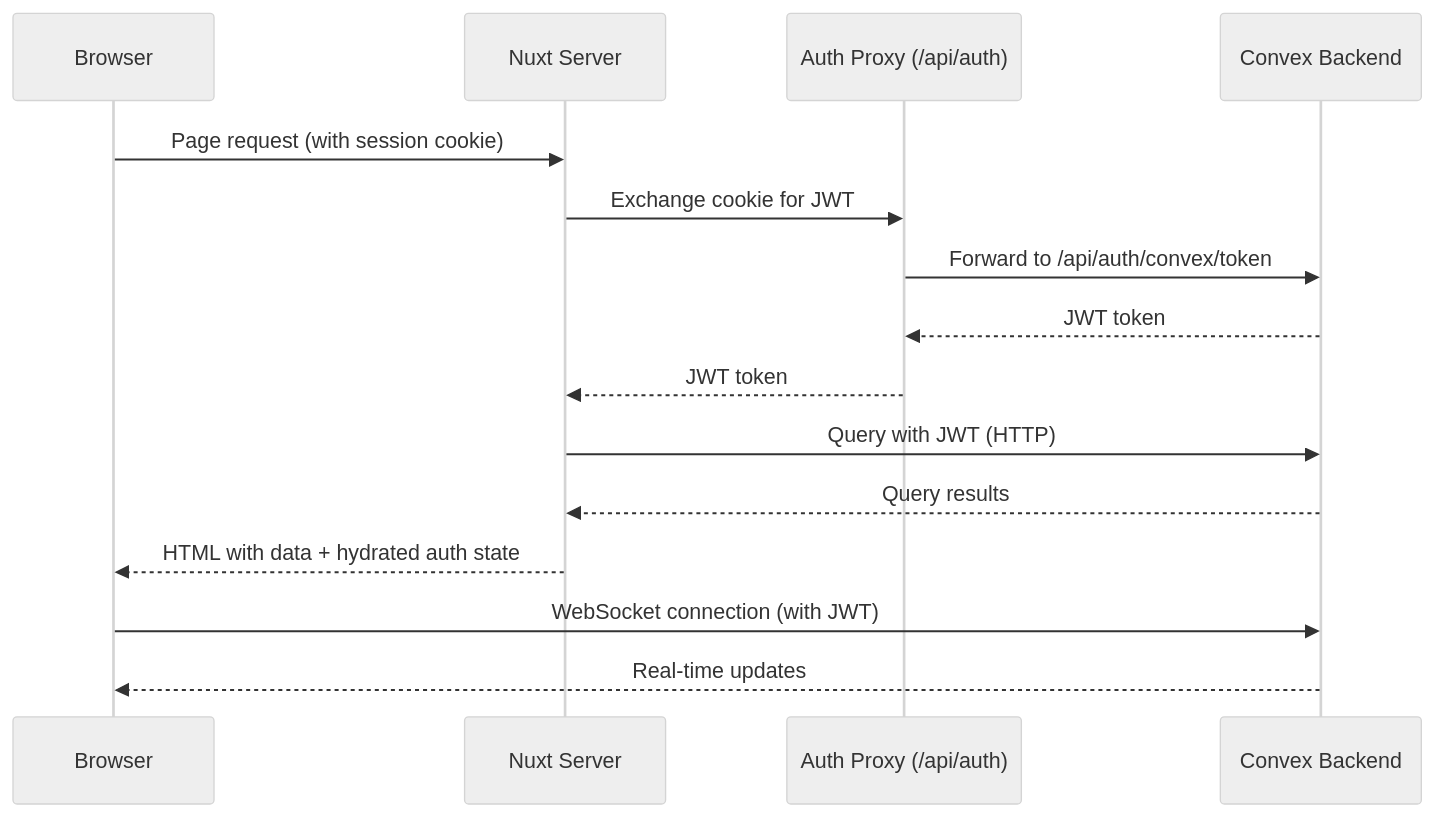
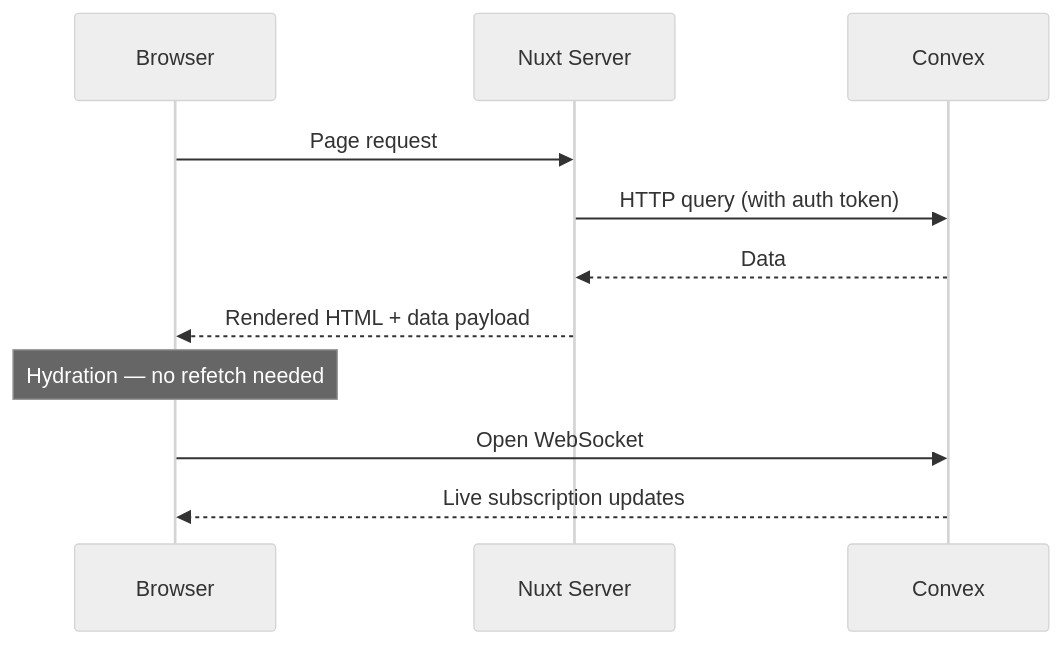
The first of 2 diagrams in docs/content/docs/1.guide/3.how-it-works.md (lupinum-dev/better-convex-nuxt), drawn with Mermaid (neutral theme) before and after one commit. The commit also changed other lines of this file and 37 other files, not shown here.

````diff
--- a/docs/content/docs/1.guide/3.how-it-works.md
+++ b/docs/content/docs/1.guide/3.how-it-works.md
@@ -113,18 +17,14 @@
 ```mermaid
 sequenceDiagram
     participant Browser
-    participant NuxtServer as Nuxt Server
-    participant AuthProxy as Auth Proxy (/api/auth)
-    participant Convex as Convex Backend
+    participant Nuxt as Nuxt Server
+    participant Convex
 
-    Browser->>NuxtServer: Page request (with session cookie)
-    NuxtServer->>AuthProxy: Exchange cookie for JWT
-    AuthProxy->>Convex: Forward to /api/auth/convex/token
-    Convex-->>AuthProxy: JWT token
-    AuthProxy-->>NuxtServer: JWT token
-    NuxtServer->>Convex: Query with JWT (HTTP)
-    Convex-->>NuxtServer: Query results
-    NuxtServer-->>Browser: HTML with data + hydrated auth state
-    Browser->>Convex: WebSocket connection (with JWT)
-    Convex-->>Browser: Real-time updates
+    Browser->>Nuxt: Page request
+    Nuxt->>Convex: HTTP query (with auth token)
+    Convex-->>Nuxt: Data
+    Nuxt-->>Browser: Rendered HTML + data payload
+    Note over Browser: Hydration — no refetch needed
+    Browser->>Convex: Open WebSocket
+    Convex-->>Browser: Live subscription updates
 ```
````
